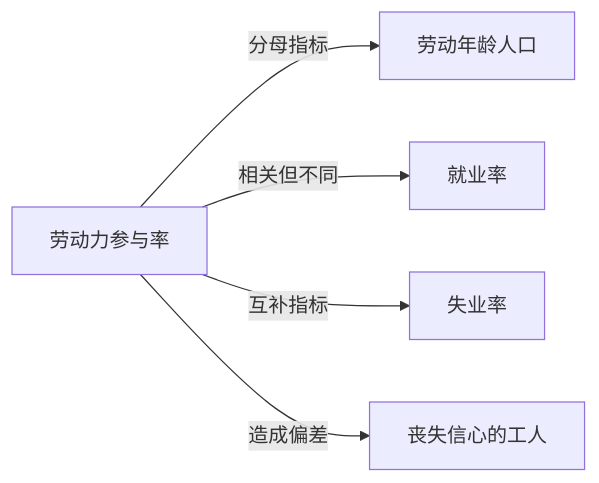
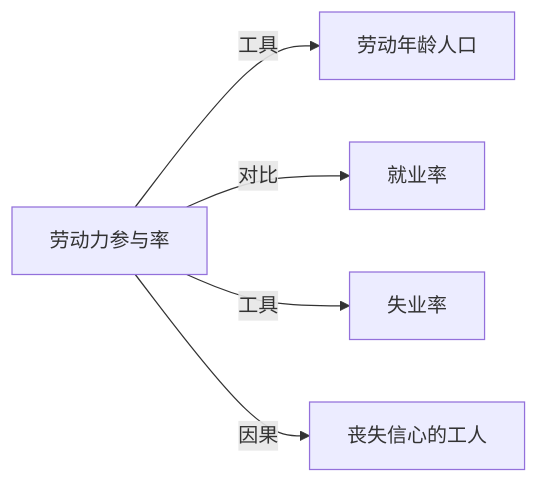
Before and after one commit to KIMMCHOW/MyKnowledge: the diagram in Knowledge/Concepts/经济/劳动力参与率.md, drawn with Mermaid. The commit also changed 95 other files, not shown here.

Commit message:
reorganize: 统一关系图边标签为11类

````diff
--- a/Knowledge/Concepts/经济/劳动力参与率.md
+++ b/Knowledge/Concepts/经济/劳动力参与率.md
@@ -43,7 +43,7 @@
 ```mermaid
 graph LR
-劳动力参与率 -->|分母指标| 劳动年龄人口
-劳动力参与率 -->|相关但不同| 就业率
-劳动力参与率 -->|互补指标| 失业率
-劳动力参与率 -->|造成偏差| 丧失信心的工人
+劳动力参与率 -->|工具| 劳动年龄人口
+劳动力参与率 -->|对比| 就业率
+劳动力参与率 -->|工具| 失业率
+劳动力参与率 -->|因果| 丧失信心的工人
 ```
````
